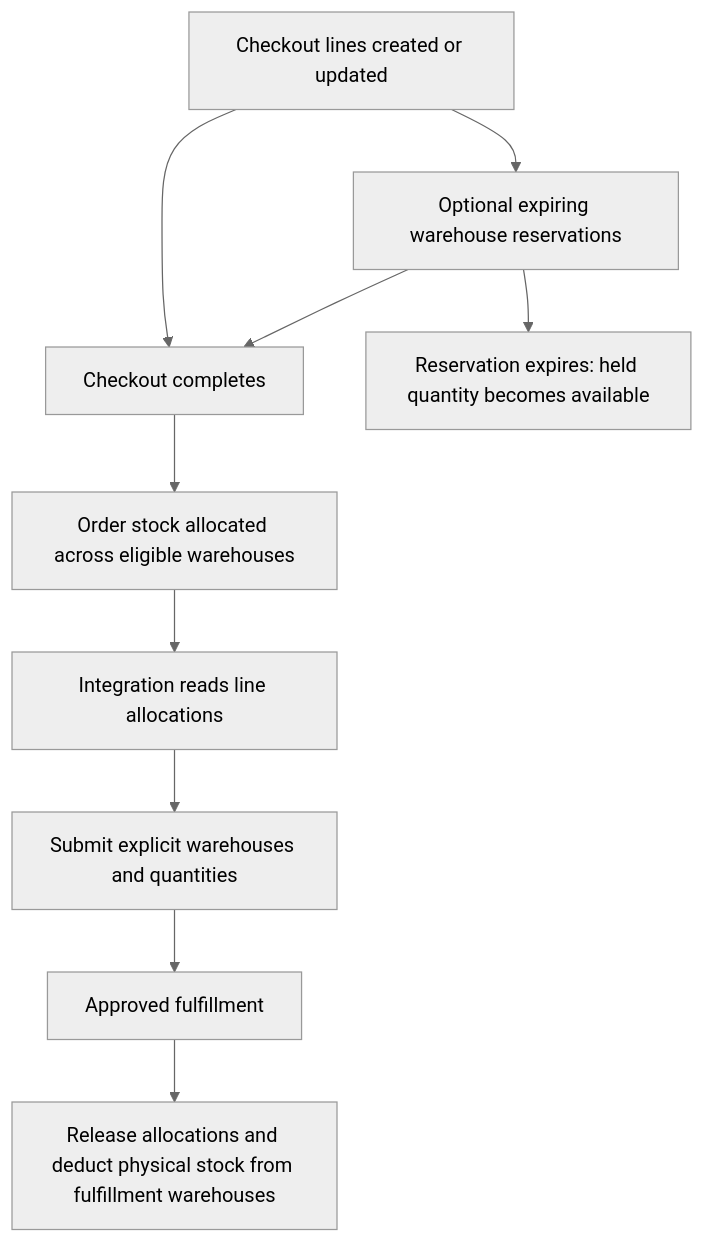
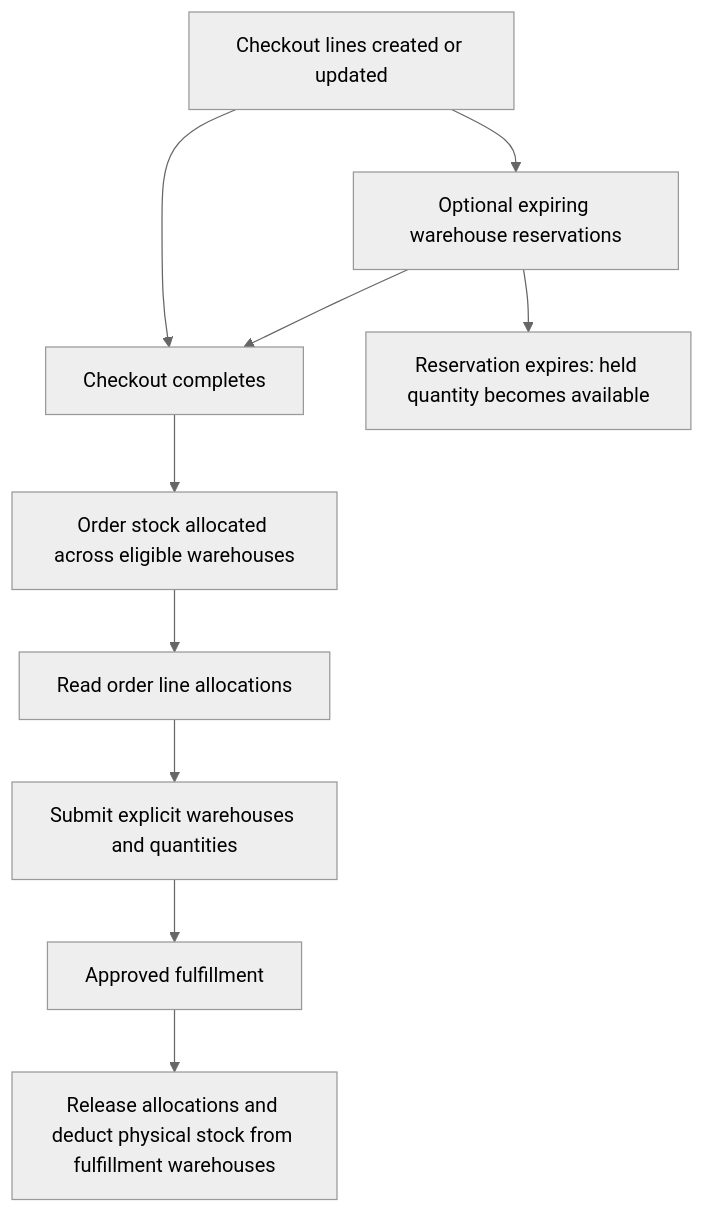
One commit to saleor/saleor-docs changed the second of 2 diagrams in docs/developer/stock/stock-allocation.mdx. Above: the diagram before and after it, drawn with Mermaid (neutral theme). The commit also changed other lines of this file and 1 other file, not shown here.

````diff
--- a/docs/developer/stock/stock-allocation.mdx
+++ b/docs/developer/stock/stock-allocation.mdx
@@ -112,12 +112,12 @@
 ```mermaid
 flowchart TD
     C[Checkout lines created or updated] --> R[Optional expiring warehouse reservations]
     C --> O[Checkout completes]
     R --> O
     R --> E[Reservation expires: held quantity becomes available]
     O --> A[Order stock allocated across eligible warehouses]
-    A --> I[Integration reads line allocations]
+    A --> I[Read order line allocations]
     I --> F[Submit explicit warehouses and quantities]
     F --> P[Approved fulfillment]
     P --> D[Release allocations and deduct physical stock from fulfillment warehouses]
 ```
````
